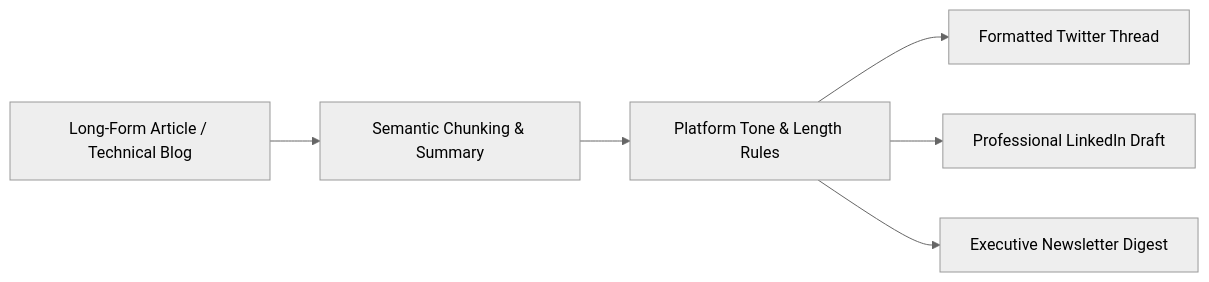
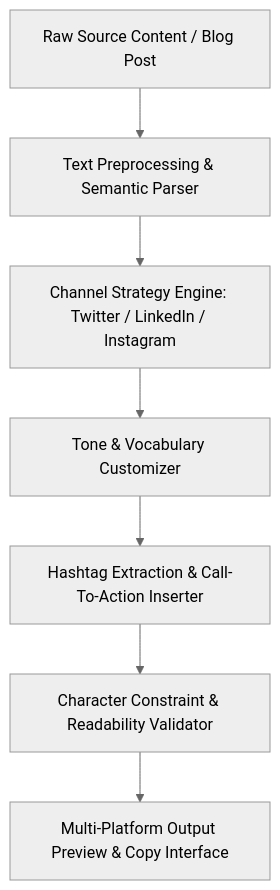
Before and after one commit to sohailahmed-bsrh/social-media-content-rewriter: the diagram in README.md, drawn with Mermaid (neutral theme). The commit also changed other lines of this file, not shown here.

Commit message:
docs: deploy visual showcase README with screenshot galleries and architecture specifications

````diff
--- a/README.md
+++ b/README.md
@@ -30,8 +48,9 @@
 ```mermaid
-flowchart LR
-    SourceText[Long-Form Article / Technical Blog] --> Chunking[Semantic Chunking & Summary]
-    Chunking --> ToneMatrix[Platform Tone & Length Rules]
-    ToneMatrix --> TweetThread[Formatted Twitter Thread]
-    ToneMatrix --> LinkedInPost[Professional LinkedIn Draft]
-    ToneMatrix --> NewsletterSummary[Executive Newsletter Digest]
+flowchart TD
+    A[Raw Source Content / Blog Post] --> B[Text Preprocessing & Semantic Parser]
+    B --> C[Channel Strategy Engine: Twitter / LinkedIn / Instagram]
+    C --> D[Tone & Vocabulary Customizer]
+    D --> E[Hashtag Extraction & Call-To-Action Inserter]
+    E --> F[Character Constraint & Readability Validator]
+    F --> G[Multi-Platform Output Preview & Copy Interface]
 ```
````
